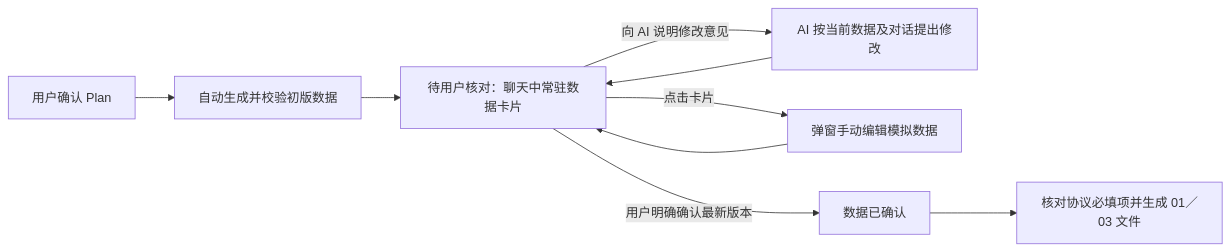
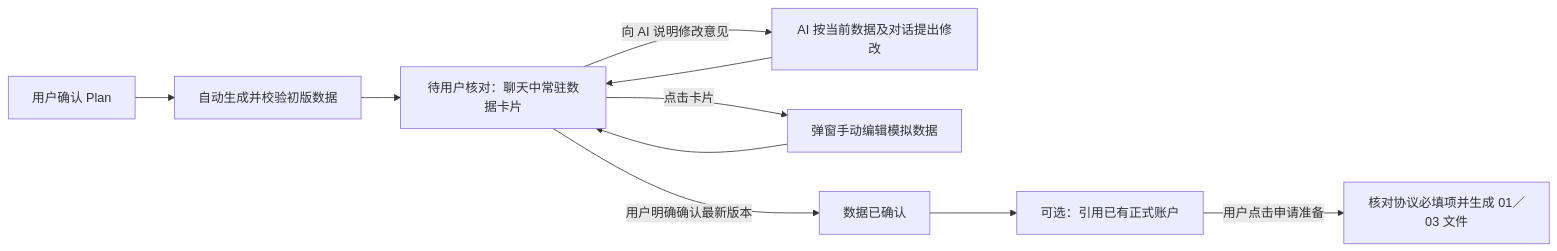
The second of 3 diagrams in docs/Case全流程设计.md (yqsota666/TA-case-test-Agent), drawn with Mermaid before and after one commit. The commit also changed other lines of this file and 18 other files, not shown here.

````diff
--- a/docs/Case全流程设计.md
+++ b/docs/Case全流程设计.md
@@ -111,11 +120,12 @@
 ```mermaid
 flowchart LR
   P[用户确认 Plan] --> G[自动生成并校验初版数据]
   G --> R[待用户核对：聊天中常驻数据卡片]
   R -->|向 AI 说明修改意见| A[AI 按当前数据及对话提出修改]
   R -->|点击卡片| M[弹窗手动编辑模拟数据]
   A --> R
   M --> R
   R -->|用户明确确认最新版本| C[数据已确认]
-  C --> F[核对协议必填项并生成 01／03 文件]
+  C --> S[可选：引用已有正式账户]
+  S -->|用户点击申请准备| F[核对协议必填项并生成 01／03 文件]
 ```
````
